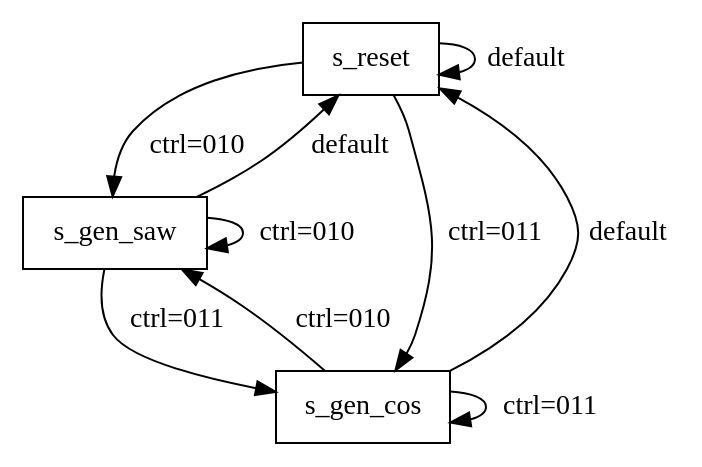
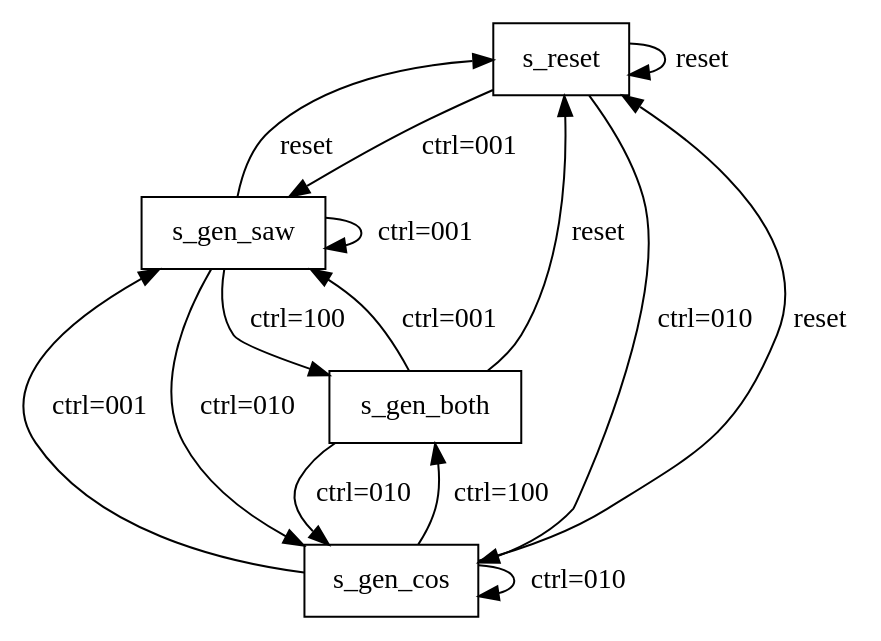
Before and after one commit to HugoCBSchool/ELE739: the diagram in fsm.dot, drawn with Graphviz. The commit also changed 491 other files, not shown here.

```diff
--- a/fsm.dot
+++ b/fsm.dot
@@ -1,13 +1,17 @@
 digraph mygraph {
     node [shape=box];
-    "s_reset"->"s_reset" [label="default"];
-    "s_reset"->"s_gen_saw" [label="ctrl=010"];
-    "s_reset"->"s_gen_cos" [label="ctrl=011"];
-    "s_gen_saw"->"s_reset" [label="default"];
-    "s_gen_saw"->"s_gen_saw" [label="ctrl=010"];
-    "s_gen_saw"->"s_gen_cos" [label="ctrl=011"];
-    "s_gen_cos"->"s_reset" [label="default"];
-    "s_gen_cos"->"s_gen_saw" [label="ctrl=010"];
-    "s_gen_cos"->"s_gen_cos" [label="ctrl=011"];
-
+    "s_reset"->"s_reset" [label="reset"];
+    "s_reset"->"s_gen_saw" [label="ctrl=001"];
+    "s_reset"->"s_gen_cos" [label="ctrl=010"];
+    "s_gen_saw"->"s_reset" [label="reset"];
+    "s_gen_saw"->"s_gen_saw" [label="ctrl=001"];
+    "s_gen_saw"->"s_gen_cos" [label="ctrl=010"];
+    "s_gen_cos"->"s_reset" [label="reset"];
+    "s_gen_cos"->"s_gen_saw" [label="ctrl=001"];
+    "s_gen_cos"->"s_gen_cos" [label="ctrl=010"];
+	"s_gen_cos"->"s_gen_both" [label="ctrl=100"];
+	"s_gen_saw"->"s_gen_both" [label="ctrl=100"];
+	"s_gen_both"->"s_gen_saw" [label="ctrl=001"];
+	"s_gen_both"->"s_gen_cos" [label="ctrl=010"];
+	"s_gen_both"->"s_reset" [label="reset"];
 }
```
